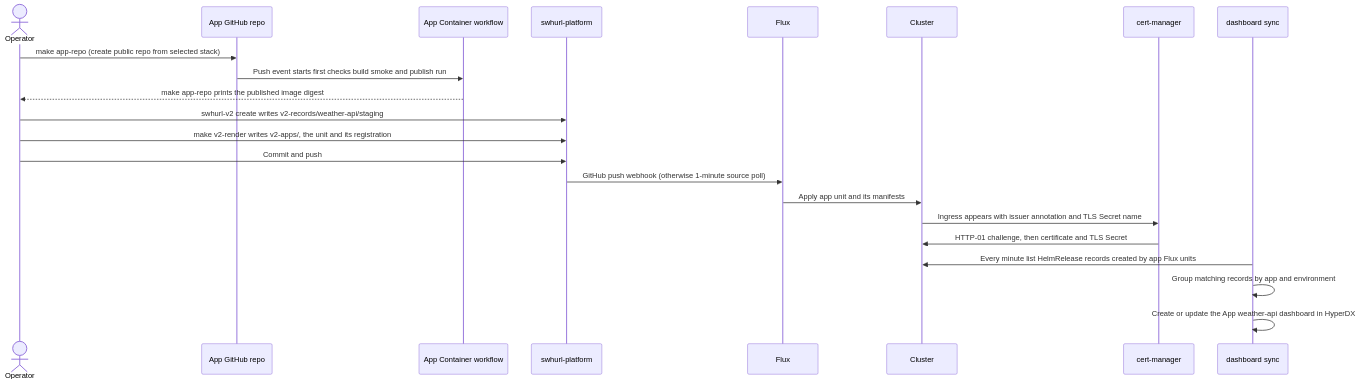
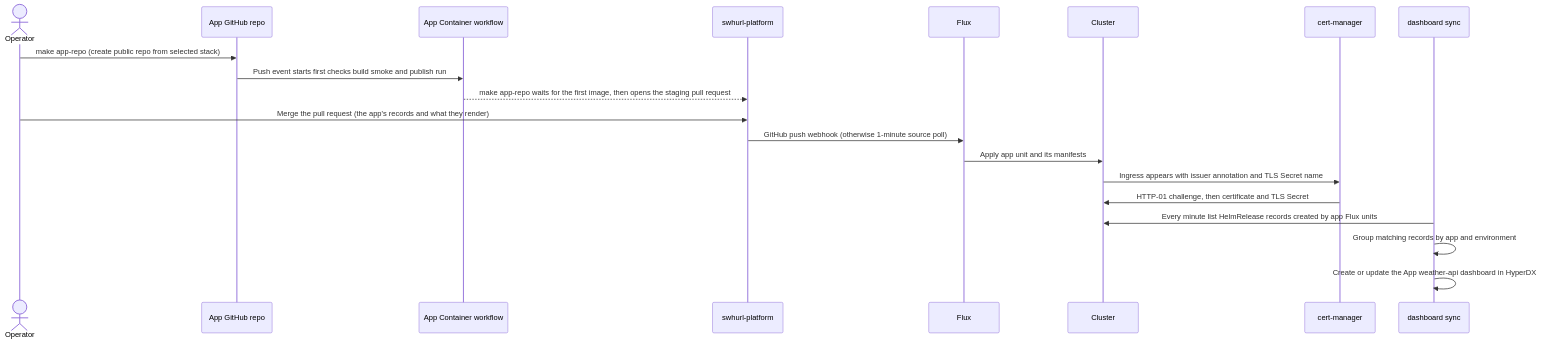
The second of 9 diagrams in docs/apps.md (samclement/swhurl-platform), drawn with Mermaid before and after one commit. The commit also changed other lines of this file and 49 other files, not shown here.

First line of the commit message:
v2: app-repo is Go's, and the console's New app relays it

````diff
--- a/docs/apps.md
+++ b/docs/apps.md
@@ -69,25 +69,23 @@
 ```mermaid
 sequenceDiagram
   actor Operator
   participant AppRepo as App GitHub repo
   participant Actions as App Container workflow
   participant Platform as swhurl-platform
   participant Flux
   participant Cluster
   participant CM as cert-manager
   participant Dash as dashboard sync
 
   Operator->>AppRepo: make app-repo (create public repo from selected stack)
   AppRepo->>Actions: Push event starts first checks build smoke and publish run
-  Actions-->>Operator: make app-repo prints the published image digest
-  Operator->>Platform: swhurl-v2 create writes v2-records/weather-api/staging
-  Operator->>Platform: make v2-render writes v2-apps/, the unit and its registration
-  Operator->>Platform: Commit and push
+  Actions-->>Platform: make app-repo waits for the first image, then opens the staging pull request
+  Operator->>Platform: Merge the pull request (the app's records and what they render)
   Platform->>Flux: GitHub push webhook (otherwise 1-minute source poll)
   Flux->>Cluster: Apply app unit and its manifests
   Cluster->>CM: Ingress appears with issuer annotation and TLS Secret name
   CM->>Cluster: HTTP-01 challenge, then certificate and TLS Secret
   Dash->>Cluster: Every minute list HelmRelease records created by app Flux units
   Dash->>Dash: Group matching records by app and environment
   Dash->>Dash: Create or update the App weather-api dashboard in HyperDX
 ```
````
